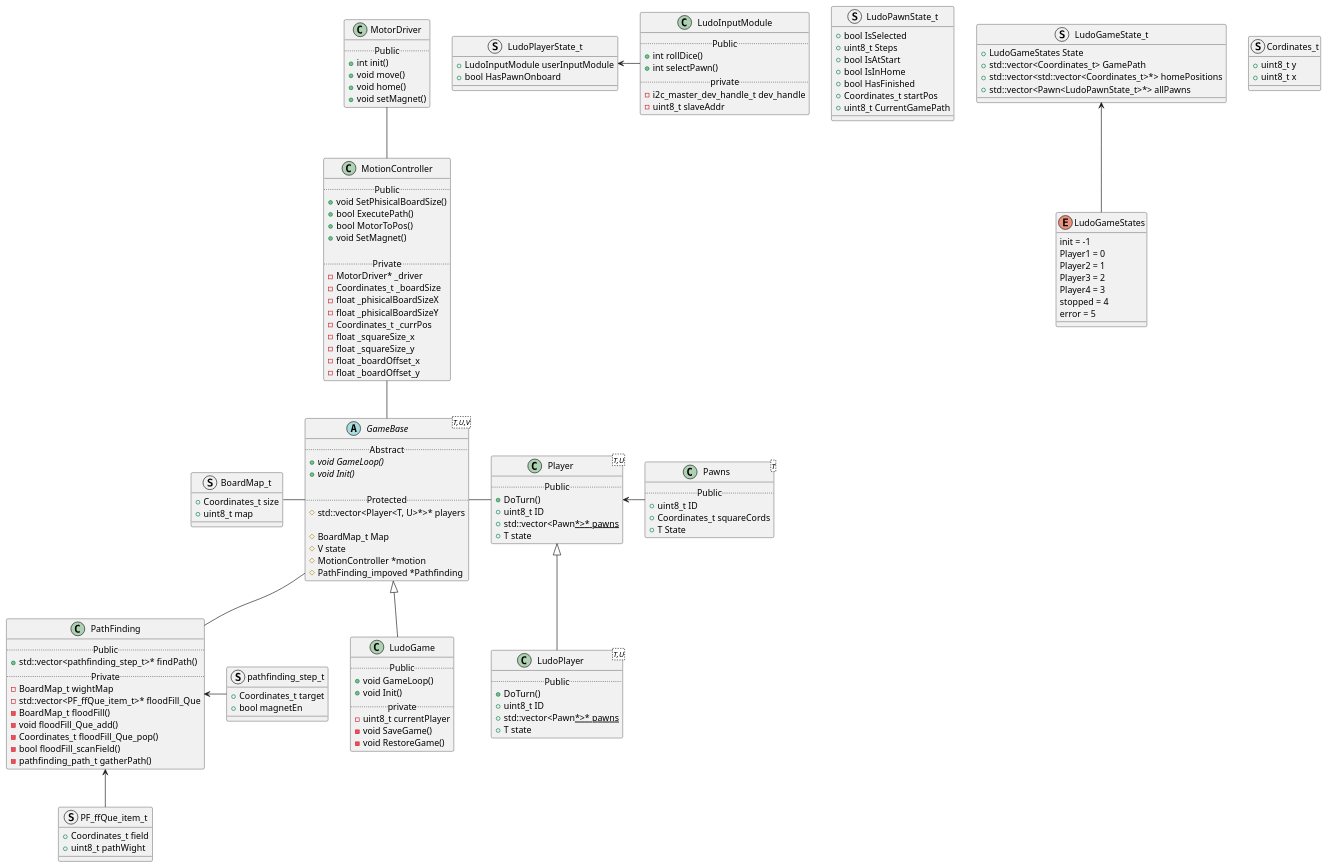
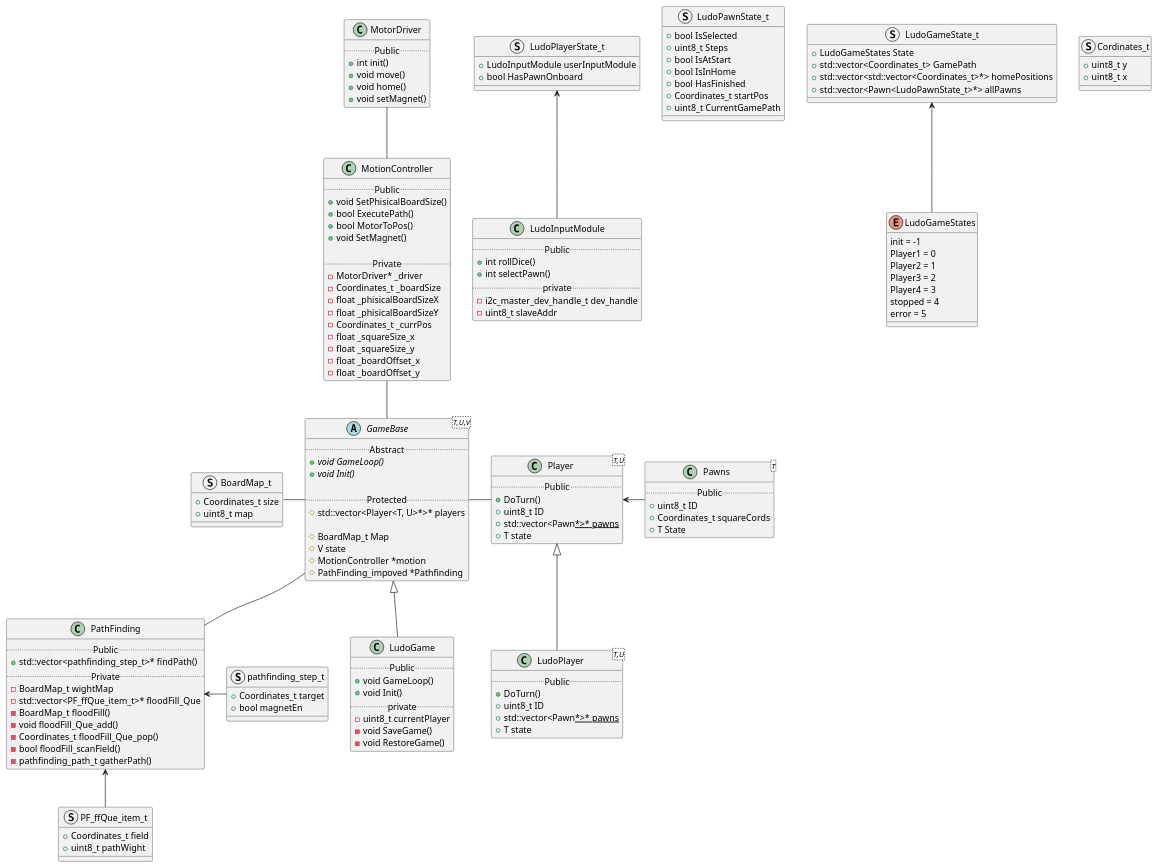
The diagram in documentation/classDiagram.plantuml (RemonZander/MTG), drawn with PlantUML before and after one commit.

Commit message:
small change to classdiagram

```diff
--- a/documentation/classDiagram.plantuml
+++ b/documentation/classDiagram.plantuml
@@ -1,162 +1,162 @@
 @startuml classDiagram
 abstract GameBase<T,U,V> {
     .. Abstract ..
     {abstract} + void GameLoop()
     {abstract} + void Init()
 
     .. Protected ..
     # std::vector<Player<T, U>*>* players
 
     # BoardMap_t Map
     # V state
     # MotionController *motion
     # PathFinding_impoved *Pathfinding
 }
 
 class Player<T,U> {
     .. Public ..
     + DoTurn()
     + uint8_t ID
     + std::vector<Pawn<U>*>* pawns
     + T state
 }
 
 class Pawns<T> {
     .. Public ..
     + uint8_t ID
     + Coordinates_t squareCords
     + T State
 }
 
 struct LudoPlayerState_t {
     + LudoInputModule userInputModule
     + bool HasPawnOnboard
 }
 
 struct LudoPawnState_t {
     + bool IsSelected
     + uint8_t Steps
     + bool IsAtStart
     + bool IsInHome
     + bool HasFinished
     + Coordinates_t startPos
     + uint8_t CurrentGamePath
 }
 
 struct LudoGameState_t {
     + LudoGameStates State
     + std::vector<Coordinates_t> GamePath
     + std::vector<std::vector<Coordinates_t>*> homePositions
     + std::vector<Pawn<LudoPawnState_t>*> allPawns
 }
 
 enum LudoGameStates {
     init = -1
     Player1 = 0
     Player2 = 1
     Player3 = 2
     Player4 = 3
     stopped = 4
     error = 5
 }
 
 class LudoInputModule {
     .. Public ..
     + int rollDice()
     + int selectPawn()
     .. private ..
     - i2c_master_dev_handle_t dev_handle
     - uint8_t slaveAddr
 }
 
 struct Cordinates_t {
     + uint8_t y
     + uint8_t x
 }
 
 struct BoardMap_t {
     + Coordinates_t size
     + uint8_t map
 }
 
 struct pathfinding_step_t {
     + Coordinates_t target
     + bool magnetEn
 }
 
 struct PF_ffQue_item_t {
     + Coordinates_t field
     + uint8_t pathWight
 }
 
 class LudoGame {
     .. Public ..
     + void GameLoop()
     + void Init()
     .. private ..
     - uint8_t currentPlayer
     - void SaveGame()
     - void RestoreGame()
 }
 
 class LudoPlayer<T,U> {
     .. Public ..
     + DoTurn()
     + uint8_t ID
     + std::vector<Pawn<U>*>* pawns
     + T state
 }
 
 class MotionController {
     .. Public ..
     + void SetPhisicalBoardSize()
     + bool ExecutePath()
     + bool MotorToPos()
     + void SetMagnet()
 
     .. Private ..
     - MotorDriver* _driver
     - Coordinates_t _boardSize
     - float _phisicalBoardSizeX
     - float _phisicalBoardSizeY
     - Coordinates_t _currPos
     - float _squareSize_x
     - float _squareSize_y
     - float _boardOffset_x
     - float _boardOffset_y
 }
 
 class MotorDriver {
     .. Public ..
     + int init()
     + void move()
     + void home()
     + void setMagnet()
 }
 
 class PathFinding {
     .. Public ..
     + std::vector<pathfinding_step_t>* findPath()
     .. Private ..
     - BoardMap_t wightMap
     - std::vector<PF_ffQue_item_t>* floodFill_Que
     - BoardMap_t floodFill()
     - void floodFill_Que_add()
     - Coordinates_t floodFill_Que_pop()
     - bool floodFill_scanField()
     - pathfinding_path_t gatherPath()
 }
 
+LudoPlayerState_t <--   LudoInputModule  
 BoardMap_t -             GameBase
 GameBase -             Player
 Player <-              Pawns
 GameBase <|--           LudoGame
 Player <|--           LudoPlayer
 MotionController --     GameBase
 MotorDriver --          MotionController
 GameBase --             PathFinding
 PathFinding <--         PF_ffQue_item_t
 PathFinding <-         pathfinding_step_t   
-LudoPlayerState_t <-   LudoInputModule  
 LudoGameState_t <--      LudoGameStates
 @enduml
```
